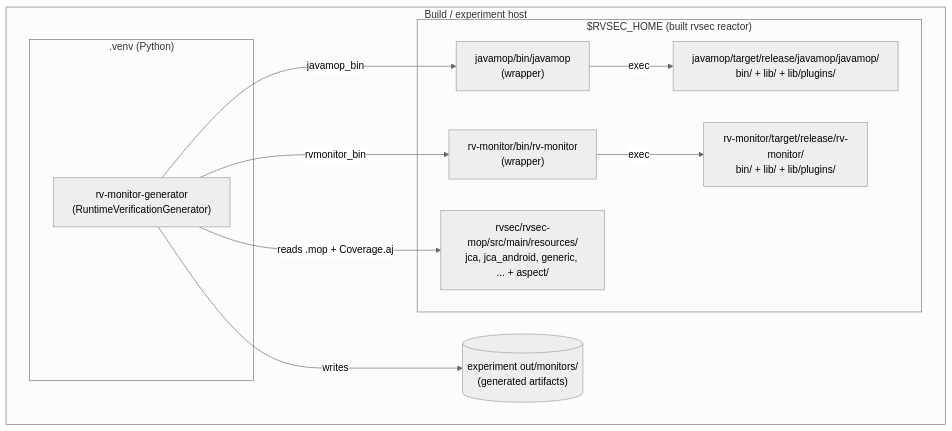
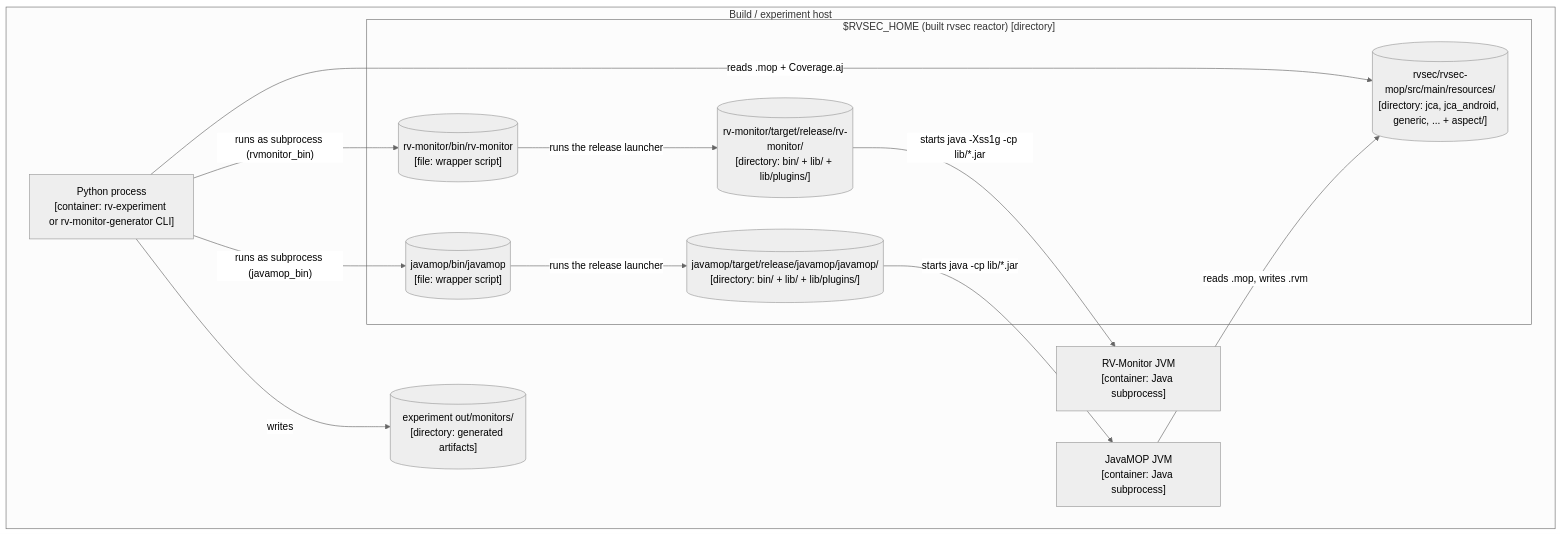
Before and after one commit to PAMunb/rvsec: the fifth of 5 diagrams in rv-android/docs/architecture/monitor-generation.md, drawn with Mermaid. The commit also changed other lines of this file and 7 other files, not shown here.

````diff
--- a/rv-android/docs/architecture/monitor-generation.md
+++ b/rv-android/docs/architecture/monitor-generation.md
@@ -794,23 +883,28 @@
 ```mermaid
 %%{init: {'theme': 'neutral'}}%%
 flowchart TB
+    %% Source: modules/rv-monitor-generator/src/rv_monitor_generator/config.py, ../javamop/bin/javamop, ../javamop/src/main/scripts/bin/javamop, ../rv-monitor/bin/rv-monitor, ../rv-monitor/rv-monitor/src/main/scripts/bin/rv-monitor, ../javamop/target/release/javamop/javamop/, ../rv-monitor/target/release/rv-monitor/, ../rvsec/rvsec-mop/src/main/resources/
+    %% Omitted: the JVMs' reads and writes in out/monitors/ (drawn in Diagram 3)
     subgraph host["Build / experiment host"]
-        subgraph venv[".venv (Python)"]
-            gen["rv-monitor-generator<br/>(RuntimeVerificationGenerator)"]
+        py["Python process<br/>[container: rv-experiment or rv-monitor-generator CLI]"]
+        subgraph rvsechome["$RVSEC_HOME (built rvsec reactor) [directory]"]
+            jmwrap[("javamop/bin/javamop<br/>[file: wrapper script]")]
+            jmrel[("javamop/target/release/javamop/javamop/<br/>[directory: bin/ + lib/ + lib/plugins/]")]
+            rvmwrap[("rv-monitor/bin/rv-monitor<br/>[file: wrapper script]")]
+            rvmrel[("rv-monitor/target/release/rv-monitor/<br/>[directory: bin/ + lib/ + lib/plugins/]")]
+            specs[("rvsec/rvsec-mop/src/main/resources/<br/>[directory: jca, jca_android, generic, ... + aspect/]")]
         end
-        subgraph rvsec["$RVSEC_HOME (built rvsec reactor)"]
-            jmwrap["javamop/bin/javamop<br/>(wrapper)"]
-            jmrel["javamop/target/release/javamop/javamop/<br/>bin/ + lib/ + lib/plugins/"]
-            rvmwrap["rv-monitor/bin/rv-monitor<br/>(wrapper)"]
-            rvmrel["rv-monitor/target/release/rv-monitor/<br/>bin/ + lib/ + lib/plugins/"]
-            specs["rvsec/rvsec-mop/src/main/resources/<br/>jca, jca_android, generic, ... + aspect/"]
-        end
-        outdir[("experiment out/monitors/<br/>(generated artifacts)")]
+        jmjvm["JavaMOP JVM<br/>[container: Java subprocess]"]
+        rvmjvm["RV-Monitor JVM<br/>[container: Java subprocess]"]
+        outdir[("experiment out/monitors/<br/>[directory: generated artifacts]")]
     end
-    gen -->|javamop_bin| jmwrap
-    jmwrap -->|exec| jmrel
-    gen -->|rvmonitor_bin| rvmwrap
-    rvmwrap -->|exec| rvmrel
-    gen -->|reads .mop + Coverage.aj| specs
-    gen -->|writes| outdir
+    py -->|"runs as subprocess (javamop_bin)"| jmwrap
+    jmwrap -->|"runs the release launcher"| jmrel
+    jmrel -->|"starts java -cp lib/*.jar"| jmjvm
+    py -->|"runs as subprocess (rvmonitor_bin)"| rvmwrap
+    rvmwrap -->|"runs the release launcher"| rvmrel
+    rvmrel -->|"starts java -Xss1g -cp lib/*.jar"| rvmjvm
+    py -->|"reads .mop + Coverage.aj"| specs
+    jmjvm -->|"reads .mop, writes .rvm"| specs
+    py -->|"writes"| outdir
 ```
````
